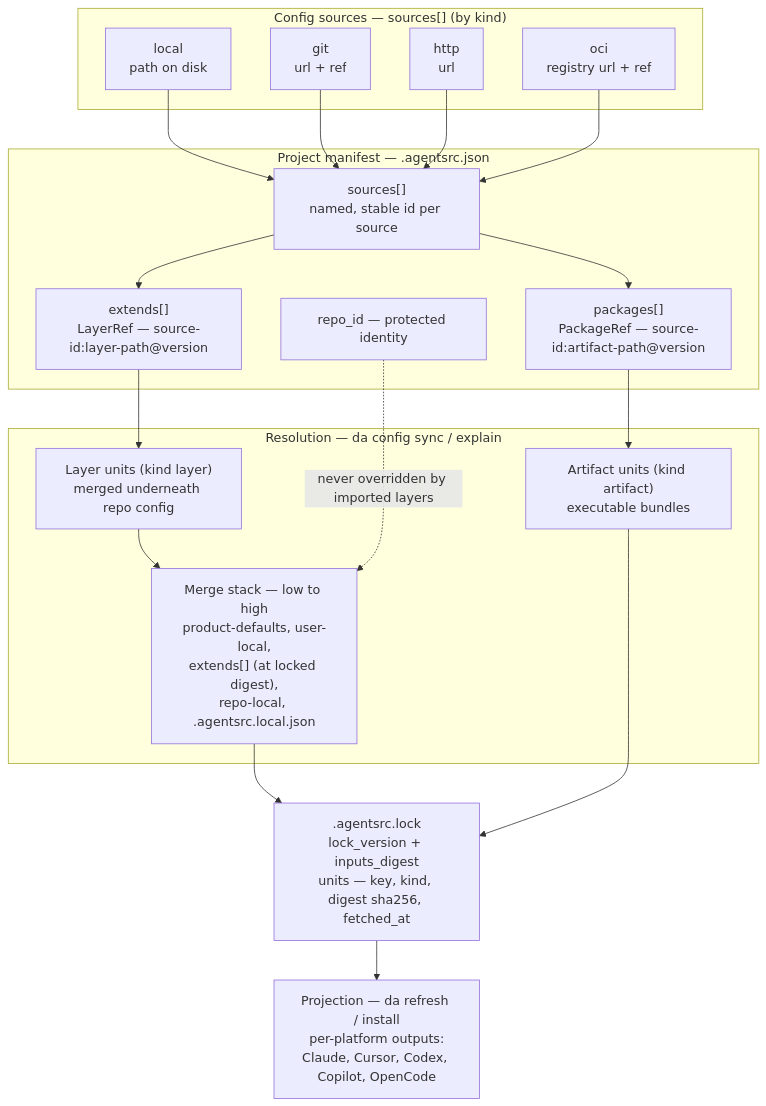
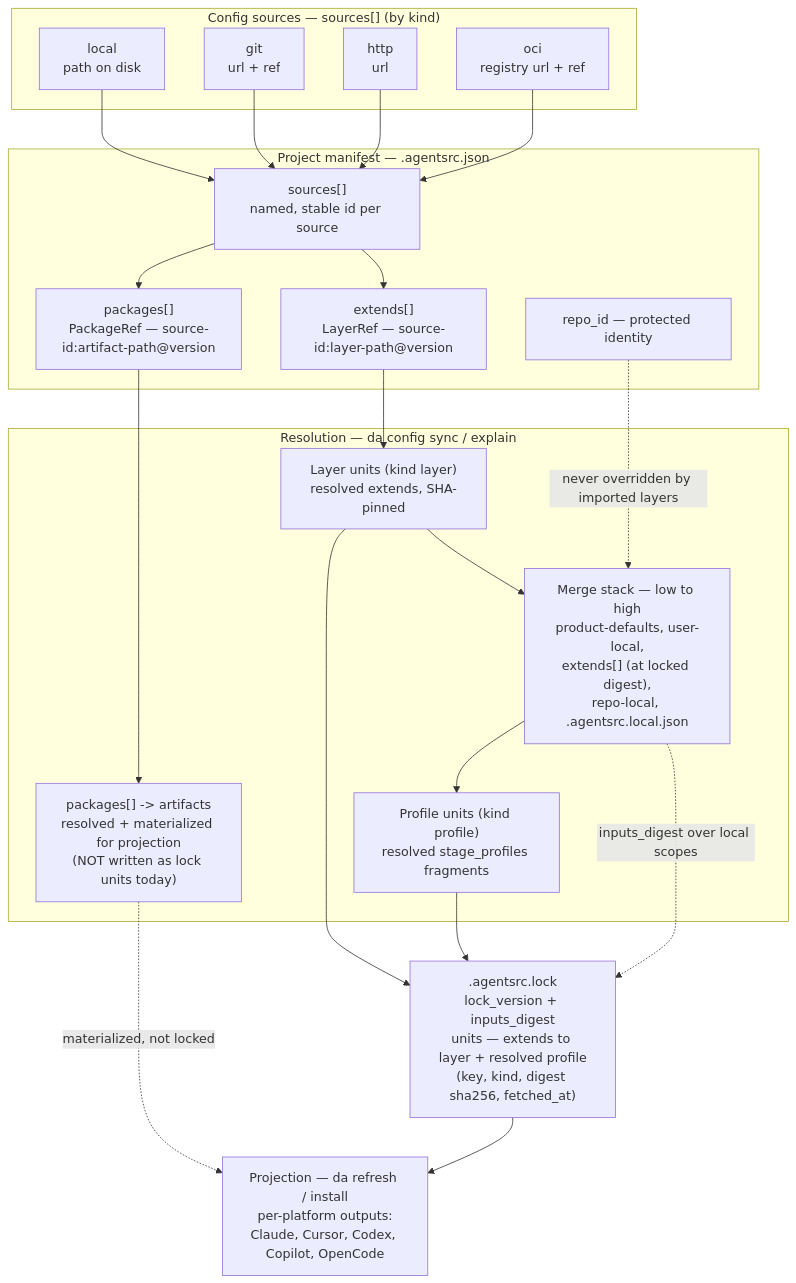
One commit to AGOrcha/dot-agents changed the eighth of 13 diagrams in docs/PROJECT_DIAGRAMS.md. Above: the diagram before and after it, drawn with Mermaid. The commit also changed other lines of this file and 3 other files, not shown here.

First line of the commit message:
docs: correct 5 accuracy errors in architect demo diagram deck

````diff
--- a/docs/PROJECT_DIAGRAMS.md
+++ b/docs/PROJECT_DIAGRAMS.md
@@ -359,40 +359,44 @@
 ```mermaid
 flowchart TB
     subgraph SRC["Config sources — sources[] (by kind)"]
         local["local<br/>path on disk"]
         git["git<br/>url + ref"]
         http["http<br/>url"]
         oci["oci<br/>registry url + ref"]
     end
 
     subgraph RC["Project manifest — .agentsrc.json"]
         sources["sources[]<br/>named, stable id per source"]
         extends["extends[]<br/>LayerRef — source-id:layer-path@version"]
         packages["packages[]<br/>PackageRef — source-id:artifact-path@version"]
         repoid["repo_id — protected identity"]
     end
 
     subgraph RES["Resolution — da config sync / explain"]
-        layers["Layer units (kind layer)<br/>merged underneath repo config"]
-        artifacts["Artifact units (kind artifact)<br/>executable bundles"]
+        layers["Layer units (kind layer)<br/>resolved extends, SHA-pinned"]
+        profiles["Profile units (kind profile)<br/>resolved stage_profiles fragments"]
+        artifacts["packages[] -> artifacts<br/>resolved + materialized for projection<br/>(NOT written as lock units today)"]
         stack["Merge stack — low to high<br/>product-defaults, user-local,<br/>extends[] (at locked digest),<br/>repo-local, .agentsrc.local.json"]
     end
 
-    lock[".agentsrc.lock<br/>lock_version + inputs_digest<br/>units — key, kind, digest sha256, fetched_at"]
+    lock[".agentsrc.lock<br/>lock_version + inputs_digest<br/>units — extends to layer + resolved profile<br/>(key, kind, digest sha256, fetched_at)"]
 
     proj["Projection — da refresh / install<br/>per-platform outputs:<br/>Claude, Cursor, Codex, Copilot, OpenCode"]
 
     local --> sources
     git --> sources
     http --> sources
     oci --> sources
     sources --> extends
     sources --> packages
     extends --> layers
     packages --> artifacts
     layers --> stack
+    stack --> profiles
     repoid -. never overridden by imported layers .-> stack
-    stack --> lock
-    artifacts --> lock
+    layers --> lock
+    profiles --> lock
+    stack -. inputs_digest over local scopes .-> lock
+    artifacts -. materialized, not locked .-> proj
     lock --> proj
 ```
````
